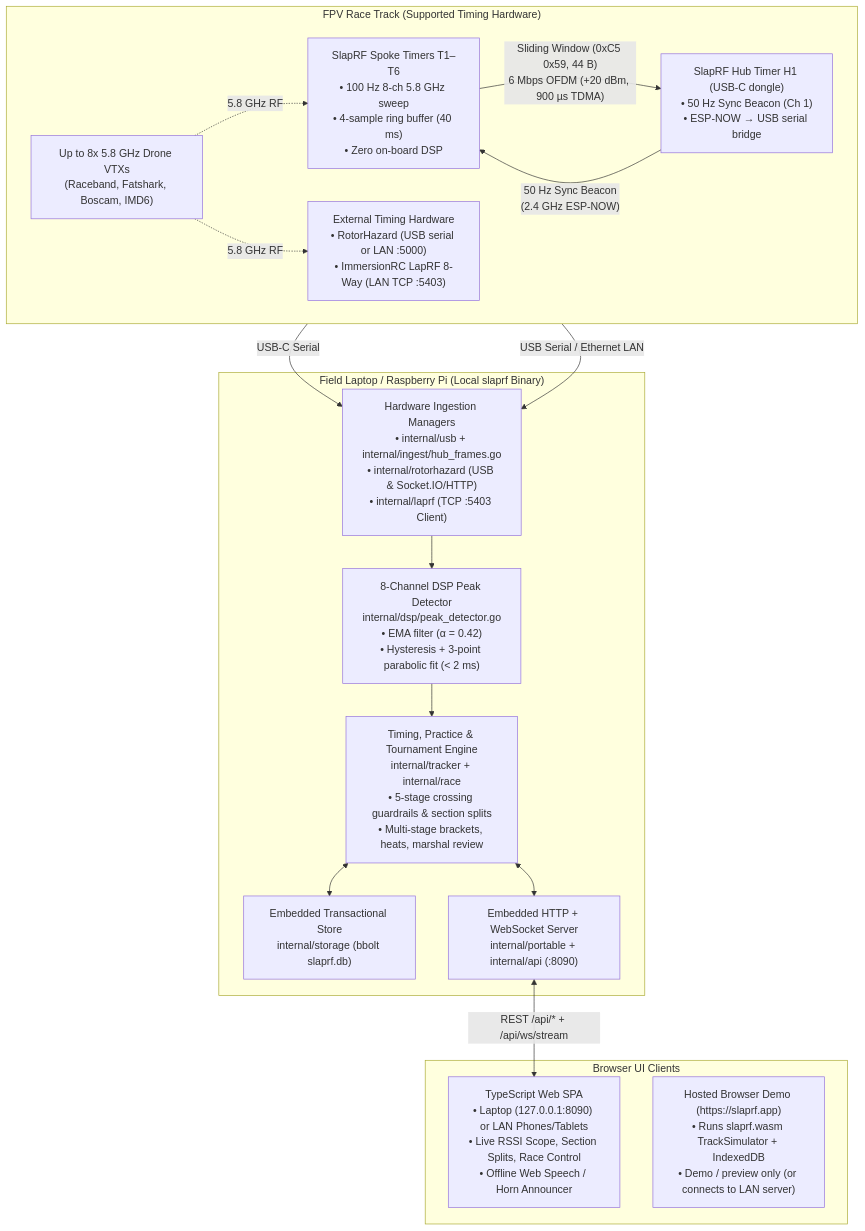
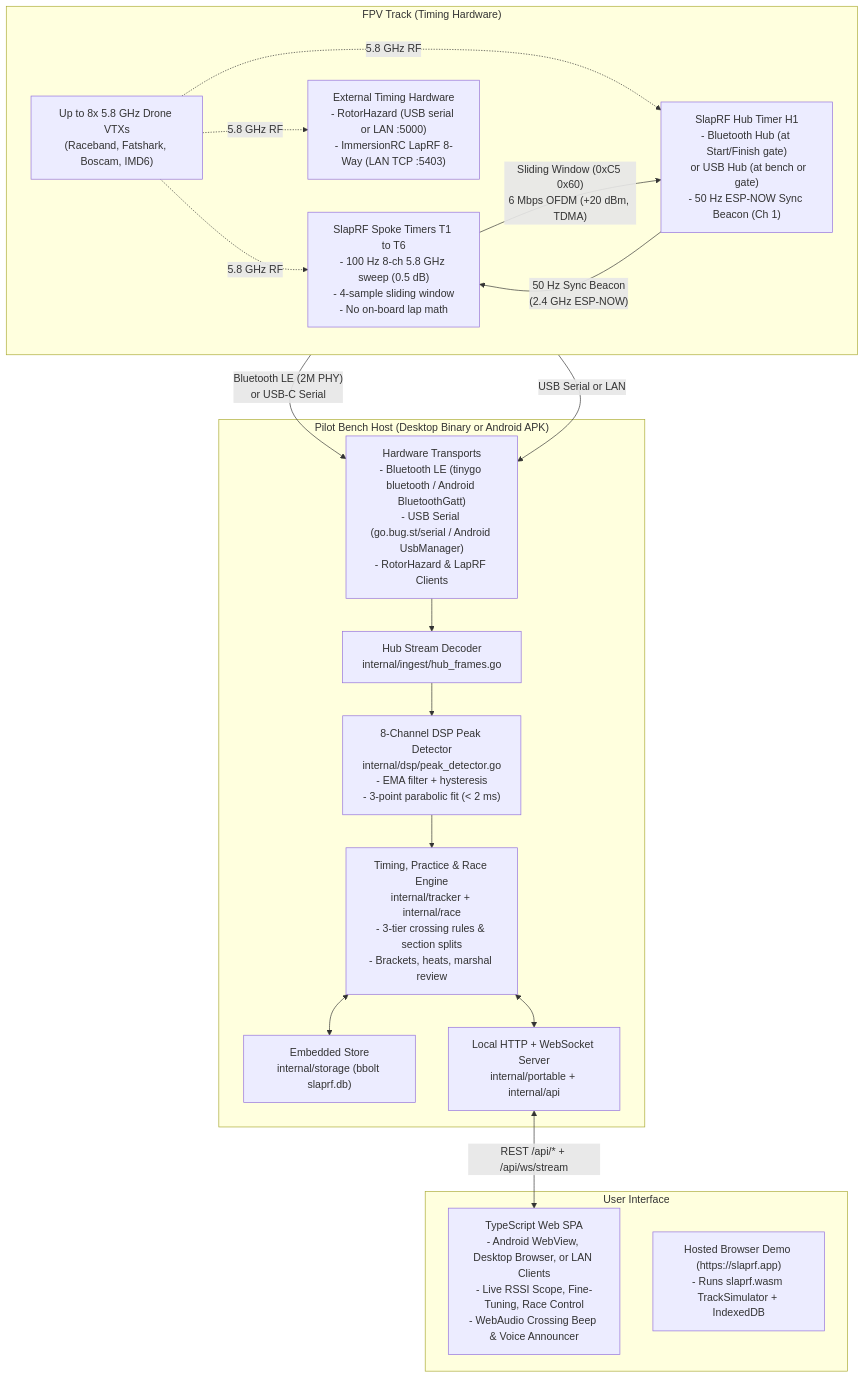
The first of 6 diagrams in docs/ARCHITECTURE.md (kaack/SlapRF), drawn with Mermaid before and after one commit. The commit also changed other lines of this file and 19 other files, not shown here.

Commit message:
docs,ci,e2e: document Bluetooth Hub-and-Spoke mode, Android APK, and prepare v0.0.7 release

````diff
--- a/docs/ARCHITECTURE.md
+++ b/docs/ARCHITECTURE.md
@@ -40,36 +42,38 @@
 ```mermaid
 flowchart TB
-    subgraph Field["FPV Race Track (Supported Timing Hardware)"]
+    subgraph Track["FPV Track (Timing Hardware)"]
         direction LR
         VTX["Up to 8x 5.8 GHz Drone VTXs\n(Raceband, Fatshark, Boscam, IMD6)"]
-        Spokes["SlapRF Spoke Timers T1–T6\n• 100 Hz 8-ch 5.8 GHz sweep\n• 4-sample ring buffer (40 ms)\n• Zero on-board DSP"]
-        Hub["SlapRF Hub Timer H1 (USB-C dongle)\n• 50 Hz Sync Beacon (Ch 1)\n• ESP-NOW → USB serial bridge"]
-        OtherHW["External Timing Hardware\n• RotorHazard (USB serial or LAN :5000)\n• ImmersionRC LapRF 8-Way (LAN TCP :5403)"]
+        Spokes["SlapRF Spoke Timers T1 to T6\n- 100 Hz 8-ch 5.8 GHz sweep (0.5 dB)\n- 4-sample sliding window\n- No on-board lap math"]
+        Hub["SlapRF Hub Timer H1\n- Bluetooth Hub (at Start/Finish gate)\n  or USB Hub (at bench or gate)\n- 50 Hz ESP-NOW Sync Beacon (Ch 1)"]
+        OtherHW["External Timing Hardware\n- RotorHazard (USB serial or LAN :5000)\n- ImmersionRC LapRF 8-Way (LAN TCP :5403)"]
 
         VTX -. "5.8 GHz RF" .-> Spokes
+        VTX -. "5.8 GHz RF" .-> Hub
         VTX -. "5.8 GHz RF" .-> OtherHW
         Hub -- "50 Hz Sync Beacon\n(2.4 GHz ESP-NOW)" --> Spokes
-        Spokes -- "Sliding Window (0xC5 0x59, 44 B)\n6 Mbps OFDM (+20 dBm, 900 µs TDMA)" --> Hub
+        Spokes -- "Sliding Window (0xC5 0x60)\n6 Mbps OFDM (+20 dBm, TDMA)" --> Hub
     end
 
-    subgraph Host["Field Laptop / Raspberry Pi (Local slaprf Binary)"]
-        Drivers["Hardware Ingestion Managers\n• internal/usb + internal/ingest/hub_frames.go\n• internal/rotorhazard (USB & Socket.IO/HTTP)\n• internal/laprf (TCP :5403 Client)"]
-        DSP["8-Channel DSP Peak Detector\ninternal/dsp/peak_detector.go\n• EMA filter (α = 0.42)\n• Hysteresis + 3-point parabolic fit (< 2 ms)"]
-        Engine["Timing, Practice & Tournament Engine\ninternal/tracker + internal/race\n• 5-stage crossing guardrails & section splits\n• Multi-stage brackets, heats, marshal review"]
-        DB["Embedded Transactional Store\ninternal/storage (bbolt slaprf.db)"]
-        HTTP["Embedded HTTP + WebSocket Server\ninternal/portable + internal/api (:8090)"]
+    subgraph Host["Pilot Bench Host (Desktop Binary or Android APK)"]
+        Drivers["Hardware Transports\n- Bluetooth LE (tinygo bluetooth / Android BluetoothGatt)\n- USB Serial (go.bug.st/serial / Android UsbManager)\n- RotorHazard & LapRF Clients"]
+        Decoder["Hub Stream Decoder\ninternal/ingest/hub_frames.go"]
+        DSP["8-Channel DSP Peak Detector\ninternal/dsp/peak_detector.go\n- EMA filter + hysteresis\n- 3-point parabolic fit (< 2 ms)"]
+        Engine["Timing, Practice & Race Engine\ninternal/tracker + internal/race\n- 3-tier crossing rules & section splits\n- Brackets, heats, marshal review"]
+        DB["Embedded Store\ninternal/storage (bbolt slaprf.db)"]
+        HTTP["Local HTTP + WebSocket Server\ninternal/portable + internal/api"]
 
-        Hub -- "USB-C Serial" --> Drivers
-        OtherHW -- "USB Serial / Ethernet LAN" --> Drivers
-        Drivers --> DSP --> Engine
+        Hub -- "Bluetooth LE (2M PHY)\nor USB-C Serial" --> Drivers
+        OtherHW -- "USB Serial or LAN" --> Drivers
+        Drivers --> Decoder --> DSP --> Engine
         Engine <--> DB
         Engine <--> HTTP
     end
 
-    subgraph Clients["Browser UI Clients"]
-        SPA["TypeScript Web SPA\n• Laptop (127.0.0.1:8090) or LAN Phones/Tablets\n• Live RSSI Scope, Section Splits, Race Control\n• Offline Web Speech / Horn Announcer"]
-        Demo["Hosted Browser Demo (https://slaprf.app)\n• Runs slaprf.wasm TrackSimulator + IndexedDB\n• Demo / preview only (or connects to LAN server)"]
+    subgraph Clients["User Interface"]
+        SPA["TypeScript Web SPA\n- Android WebView, Desktop Browser, or LAN Clients\n- Live RSSI Scope, Fine-Tuning, Race Control\n- WebAudio Crossing Beep & Voice Announcer"]
+        Demo["Hosted Browser Demo (https://slaprf.app)\n- Runs slaprf.wasm TrackSimulator + IndexedDB"]
     end
 
     HTTP <-->|"REST /api/* + /api/ws/stream"| SPA
 ```
````
